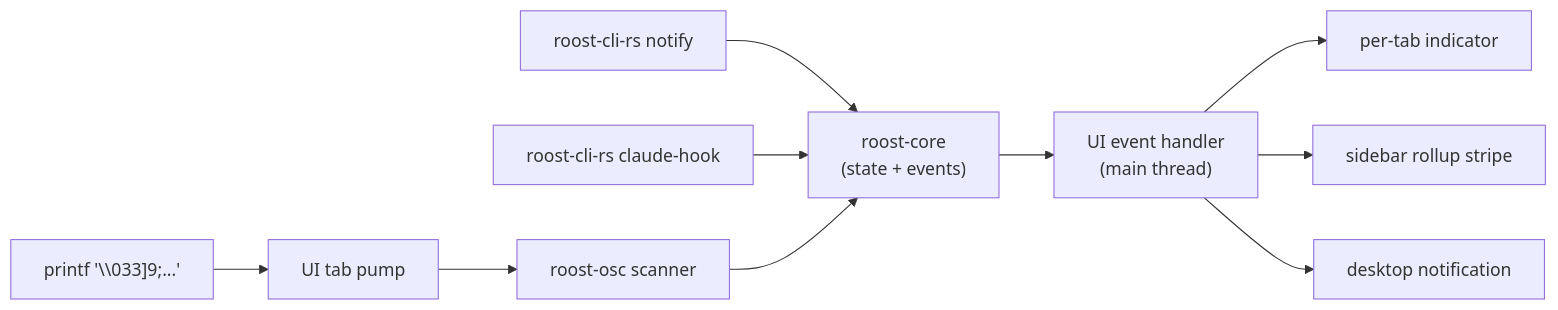
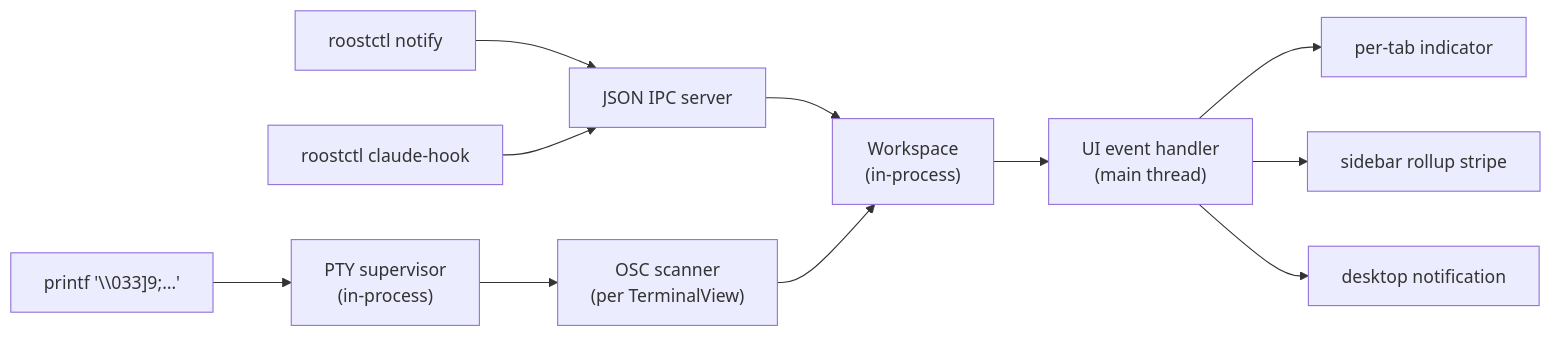
One commit to charliek/roost changed the diagram in docs/reference/architecture.md. Above: the diagram before and after it, drawn with Mermaid. The commit also changed other lines of this file and 115 other files, not shown here.

````diff
--- a/docs/reference/architecture.md
+++ b/docs/reference/architecture.md
@@ -49,21 +50,23 @@
 ```mermaid
 flowchart LR
-    CLI["roost-cli-rs notify"]
-    Hook["roost-cli-rs claude-hook"]
-    OSC["printf '\\033]9;...'"]
-    Tab["UI tab pump"]
-    Scanner["roost-osc scanner"]
-    Core["roost-core<br/>(state + events)"]
+    CLI["roostctl notify"]
+    Hook["roostctl claude-hook"]
+    OSC["printf '\\033]9;…'"]
+    PTY["PTY supervisor<br/>(in-process)"]
+    Workspace["Workspace<br/>(in-process)"]
+    Scanner["OSC scanner<br/>(per TerminalView)"]
     UI["UI event handler<br/>(main thread)"]
     Indicator["per-tab indicator"]
     Stripe["sidebar rollup stripe"]
     Banner["desktop notification"]
+    IPC["JSON IPC server"]
 
-    CLI --> Core
-    Hook --> Core
-    OSC --> Tab --> Scanner --> Core
-    Core --> UI
+    CLI --> IPC
+    Hook --> IPC
+    IPC --> Workspace
+    OSC --> PTY --> Scanner --> Workspace
+    Workspace --> UI
     UI --> Indicator
     UI --> Stripe
     UI --> Banner
 ```
````
